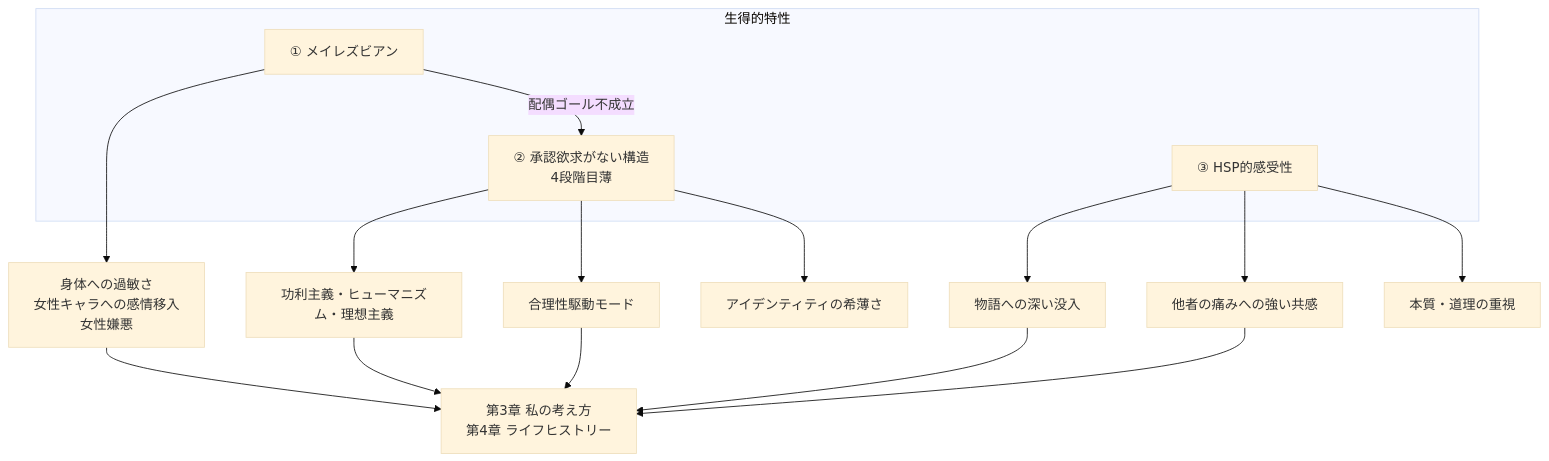
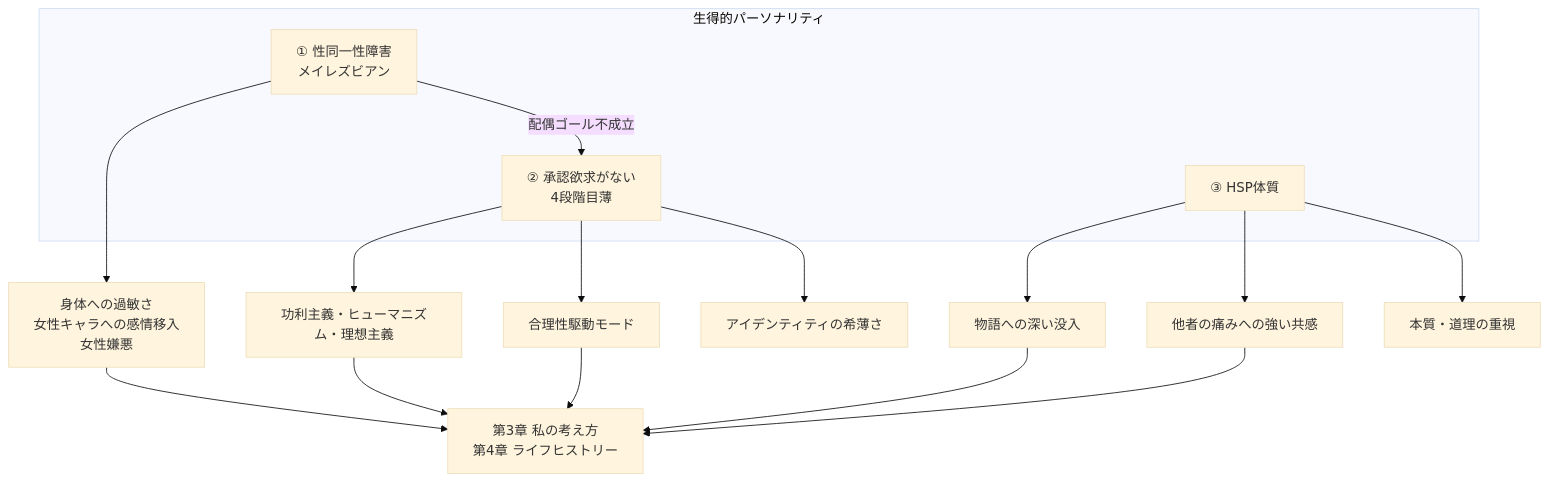
The diagram in docs/02_私の特性/index.md (annachloe2025/SelfAnalysis), drawn with Mermaid (base theme) before and after one commit. The commit also changed other lines of this file and 19 other files, not shown here.

````diff
--- a/docs/02_私の特性/index.md
+++ b/docs/02_私の特性/index.md
@@ -23,24 +35,24 @@
 ```mermaid
 graph TD
-    subgraph 生得的特性
-        A[① メイレズビアン]
-        B[② 承認欲求がない構造<br/>4段階目薄]
-        C[③ HSP的感受性]
+    subgraph 生得的パーソナリティ
+        A[① 性同一性障害<br/>メイレズビアン]
+        B[② 承認欲求がない<br/>4段階目薄]
+        C[③ HSP体質]
     end
 
     A -->|配偶ゴール不成立| B
     A --> A1[身体への過敏さ<br/>女性キャラへの感情移入<br/>女性嫌悪]
     B --> B1[功利主義・ヒューマニズム・理想主義]
     B --> B2[合理性駆動モード]
     B --> B3[アイデンティティの希薄さ]
     C --> C1[物語への深い没入]
     C --> C2[他者の痛みへの強い共感]
     C --> C3[本質・道理の重視]
 
     A1 --> 派生
     B1 --> 派生
     B2 --> 派生
     C1 --> 派生
     C2 --> 派生
     派生[第3章 私の考え方<br/>第4章 ライフヒストリー]
 ```
````
